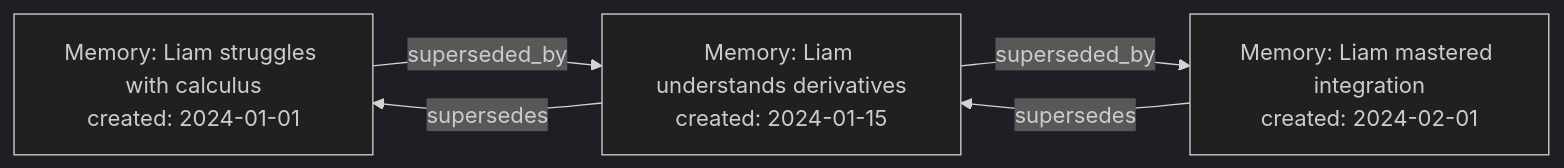
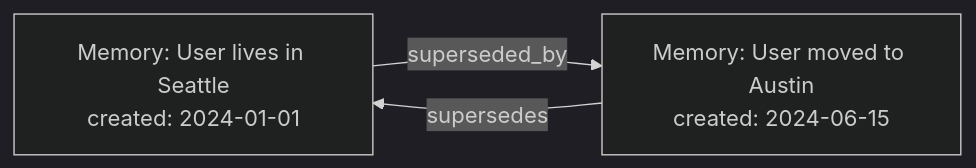
The first of 2 diagrams in Documentation/data-model.md (rigrergl/memento), drawn with Mermaid (dark theme) before and after one commit. The commit also changed other lines of this file and 1 other file, not shown here.

````diff
--- a/Documentation/data-model.md
+++ b/Documentation/data-model.md
@@ -82,11 +47,8 @@
 ```mermaid
 graph LR
-    M1[Memory: Liam struggles with calculus<br/>created: 2024-01-01] 
-    M2[Memory: Liam understands derivatives<br/>created: 2024-01-15]
-    M3[Memory: Liam mastered integration<br/>created: 2024-02-01]
+    M1[Memory: User lives in Seattle<br/>created: 2024-01-01] 
+    M2[Memory: User moved to Austin<br/>created: 2024-06-15]
     
     M1 -->|superseded_by| M2
-    M2 -->|superseded_by| M3
     M2 -->|supersedes| M1
-    M3 -->|supersedes| M2
 ```
````
